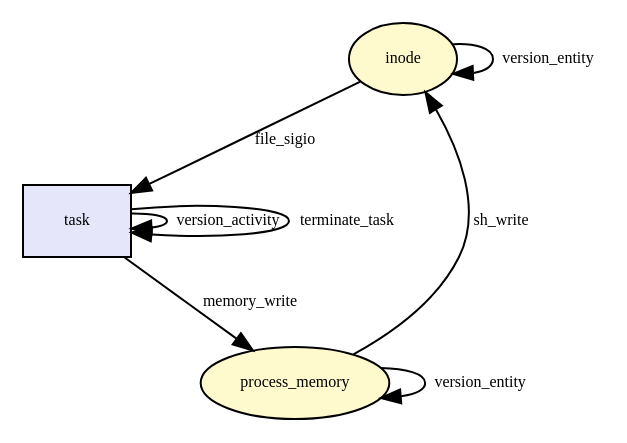
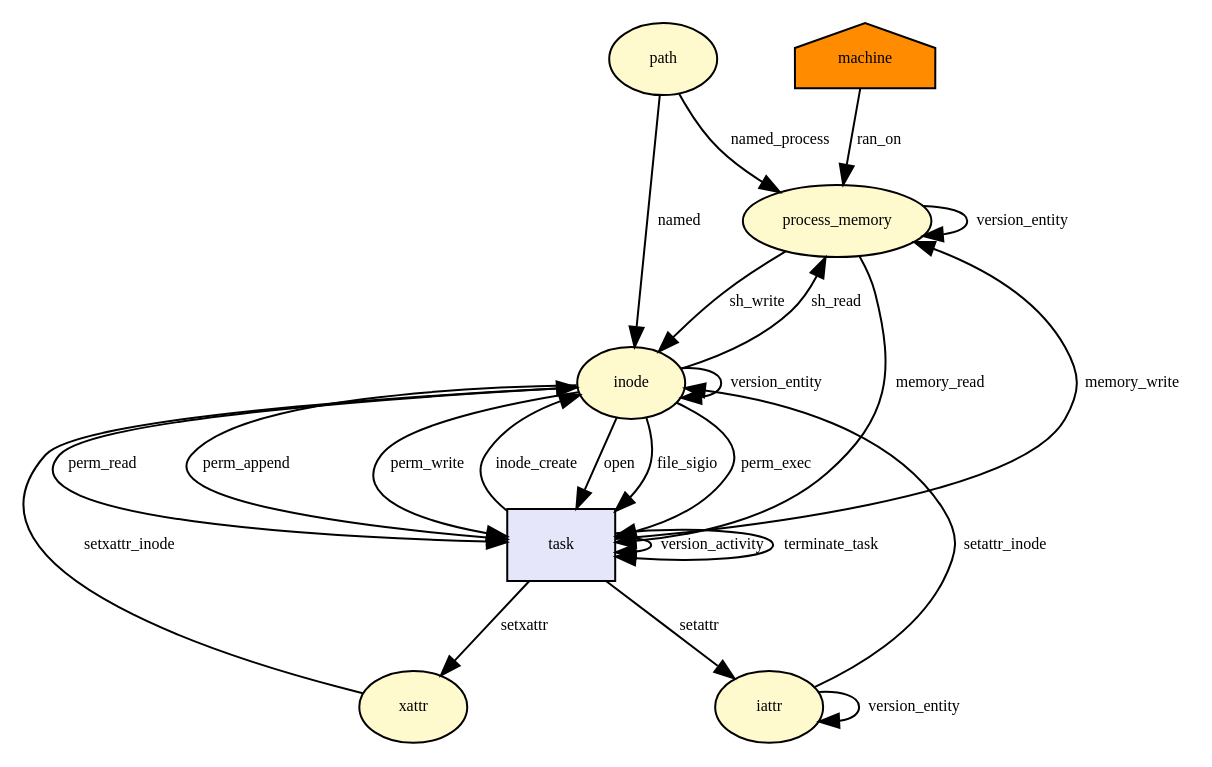
One commit to CamFlow/camflow-dev changed the diagram in docs/dot/__x64_sys_sysctl.dot. Above: the diagram before and after it, drawn with Graphviz. The commit also changed 37 other files, not shown here.

```diff
--- a/docs/dot/__x64_sys_sysctl.dot
+++ b/docs/dot/__x64_sys_sysctl.dot
@@ -1,21 +1,61 @@
-digraph RGL__DirectedAdjacencyGraph {inode[fontsize = 8,label = inode,shape = ellipse, fillcolor="#fffacd", style = filled]
+digraph RGL__DirectedAdjacencyGraph {path[fontsize = 8,label = path,shape = ellipse, fillcolor="#fffacd", style = filled]
+
+process_memory[fontsize = 8,label = process_memory,shape = ellipse, fillcolor="#fffacd", style = filled]
+
+path -> process_memory[fontsize = 8,label = named_process]
+
+machine[fontsize = 8,label = machine,shape = house, fillcolor="#ff8c00", style = filled]
+
+machine -> process_memory[fontsize = 8,label = ran_on]
+
+inode[fontsize = 8,label = inode,shape = ellipse, fillcolor="#fffacd", style = filled]
+
+path -> inode[fontsize = 8,label = named]
 
 task[fontsize = 8,label = task,shape = rectangle, fillcolor="#e6e6fa", style = filled]
 
-inode -> task[fontsize = 8,label = file_sigio]
-
-process_memory[fontsize = 8,label = process_memory,shape = ellipse, fillcolor="#fffacd", style = filled]
+inode -> task[fontsize = 8,label = open]
 
 task -> process_memory[fontsize = 8,label = memory_write]
 
 task -> task[fontsize = 8,label = version_activity]
 
 process_memory -> process_memory[fontsize = 8,label = version_entity]
 
 process_memory -> inode[fontsize = 8,label = sh_write]
 
 inode -> inode[fontsize = 8,label = version_entity]
 
+inode -> task[fontsize = 8,label = file_sigio]
+
+process_memory -> task[fontsize = 8,label = memory_read]
+
+task -> inode[fontsize = 8,label = inode_create]
+
+inode -> process_memory[fontsize = 8,label = sh_read]
+
+inode -> task[fontsize = 8,label = perm_exec]
+
+inode -> task[fontsize = 8,label = perm_read]
+
+inode -> task[fontsize = 8,label = perm_append]
+
+inode -> task[fontsize = 8,label = perm_write]
+
+xattr[fontsize = 8,label = xattr,shape = ellipse, fillcolor="#fffacd", style = filled]
+
+task -> xattr[fontsize = 8,label = setxattr]
+
+xattr -> inode[fontsize = 8,label = setxattr_inode]
+
+iattr[fontsize = 8,label = iattr,shape = ellipse, fillcolor="#fffacd", style = filled]
+
+task -> iattr[fontsize = 8,label = setattr]
+
+iattr -> iattr[fontsize = 8,label = version_entity]
+
+iattr -> inode[fontsize = 8,label = setattr_inode]
+
 task -> task[fontsize = 8,label = terminate_task]
 
 }
```
